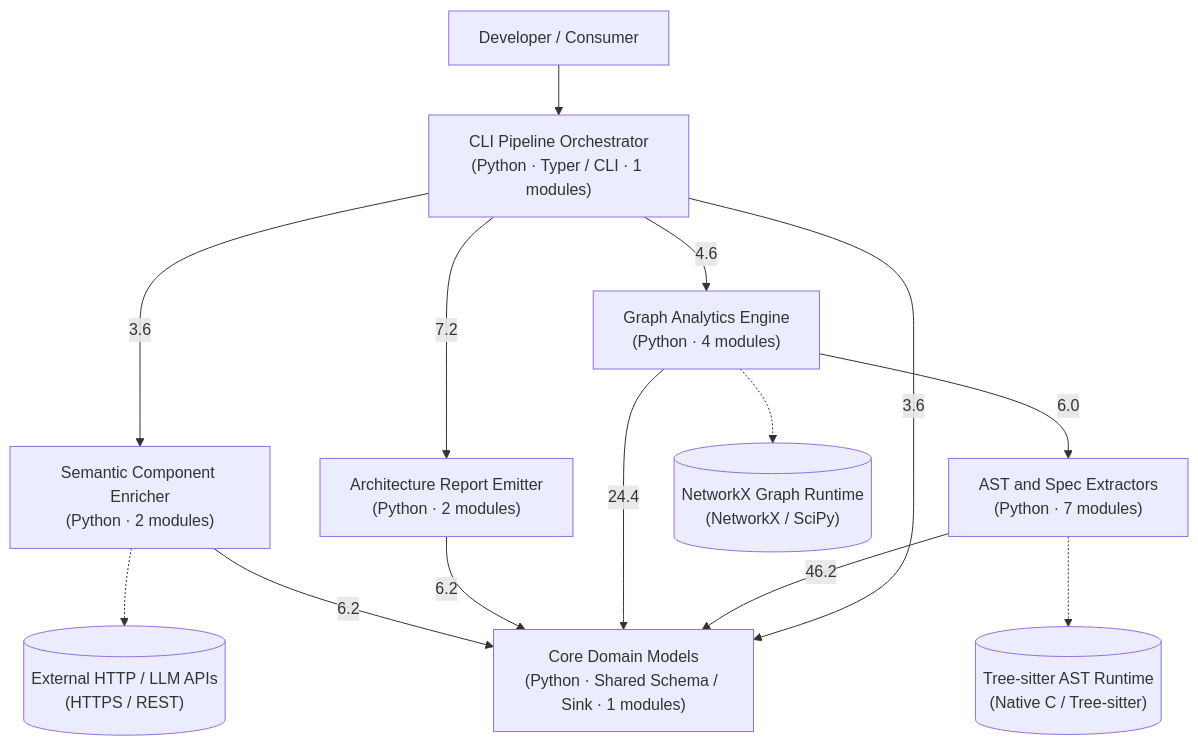
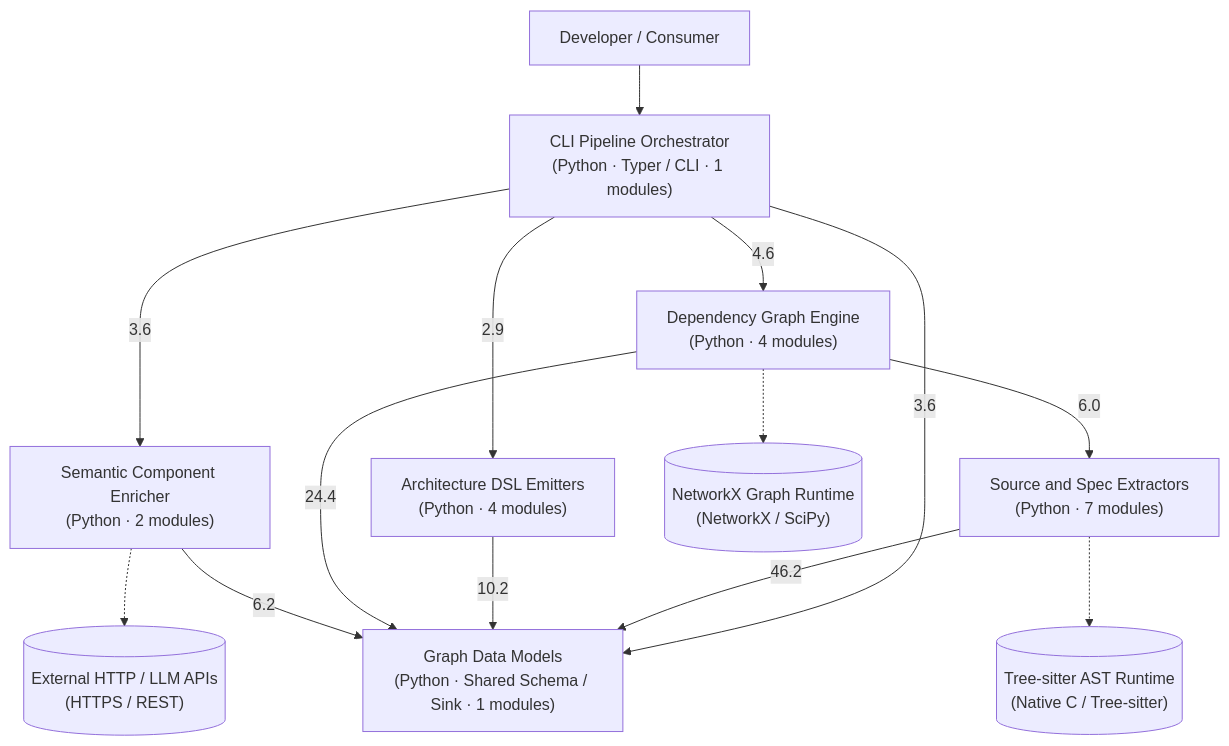
One commit to balaji/project-varuna changed the diagram in docs/architecture/varuna-report.md. Above: the diagram before and after it, drawn with Mermaid. The commit also changed other lines of this file and 19 other files, not shown here.

````diff
--- a/docs/architecture/varuna-report.md
+++ b/docs/architecture/varuna-report.md
@@ -22,26 +22,26 @@
 ```mermaid
 flowchart TD
     Actor["Developer / Consumer"]
     comp_cli["CLI Pipeline Orchestrator<br/>(Python · Typer / CLI · 1 modules)"]
-    comp_extractors["AST and Spec Extractors<br/>(Python · 7 modules)"]
-    comp_graph["Graph Analytics Engine<br/>(Python · 4 modules)"]
-    comp_emitters["Architecture Report Emitter<br/>(Python · 2 modules)"]
+    comp_extractors["Source and Spec Extractors<br/>(Python · 7 modules)"]
+    comp_emitters["Architecture DSL Emitters<br/>(Python · 4 modules)"]
+    comp_graph["Dependency Graph Engine<br/>(Python · 4 modules)"]
     comp_enrichment["Semantic Component Enricher<br/>(Python · 2 modules)"]
-    comp_models["Core Domain Models<br/>(Python · Shared Schema / Sink · 1 modules)"]
+    comp_models["Graph Data Models<br/>(Python · Shared Schema / Sink · 1 modules)"]
     ext_external_http_llm_apis[("External HTTP / LLM APIs<br/>(HTTPS / REST)")]
     ext_tree_sitter_ast_runtime[("Tree-sitter AST Runtime<br/>(Native C / Tree-sitter)")]
     ext_networkx_graph_runtime[("NetworkX Graph Runtime<br/>(NetworkX / SciPy)")]
     Actor --> comp_cli
-    comp_cli -->|"7.2"| comp_emitters
+    comp_cli -->|"2.9"| comp_emitters
     comp_cli -->|"3.6"| comp_enrichment
     comp_cli -->|"4.6"| comp_graph
     comp_cli -->|"3.6"| comp_models
     comp_extractors -->|"46.2"| comp_models
     comp_extractors -.-> ext_tree_sitter_ast_runtime
+    comp_emitters -->|"10.2"| comp_models
     comp_graph -->|"6.0"| comp_extractors
     comp_graph -->|"24.4"| comp_models
     comp_graph -.-> ext_networkx_graph_runtime
-    comp_emitters -->|"6.2"| comp_models
     comp_enrichment -->|"6.2"| comp_models
     comp_enrichment -.-> ext_external_http_llm_apis
 ```
````
